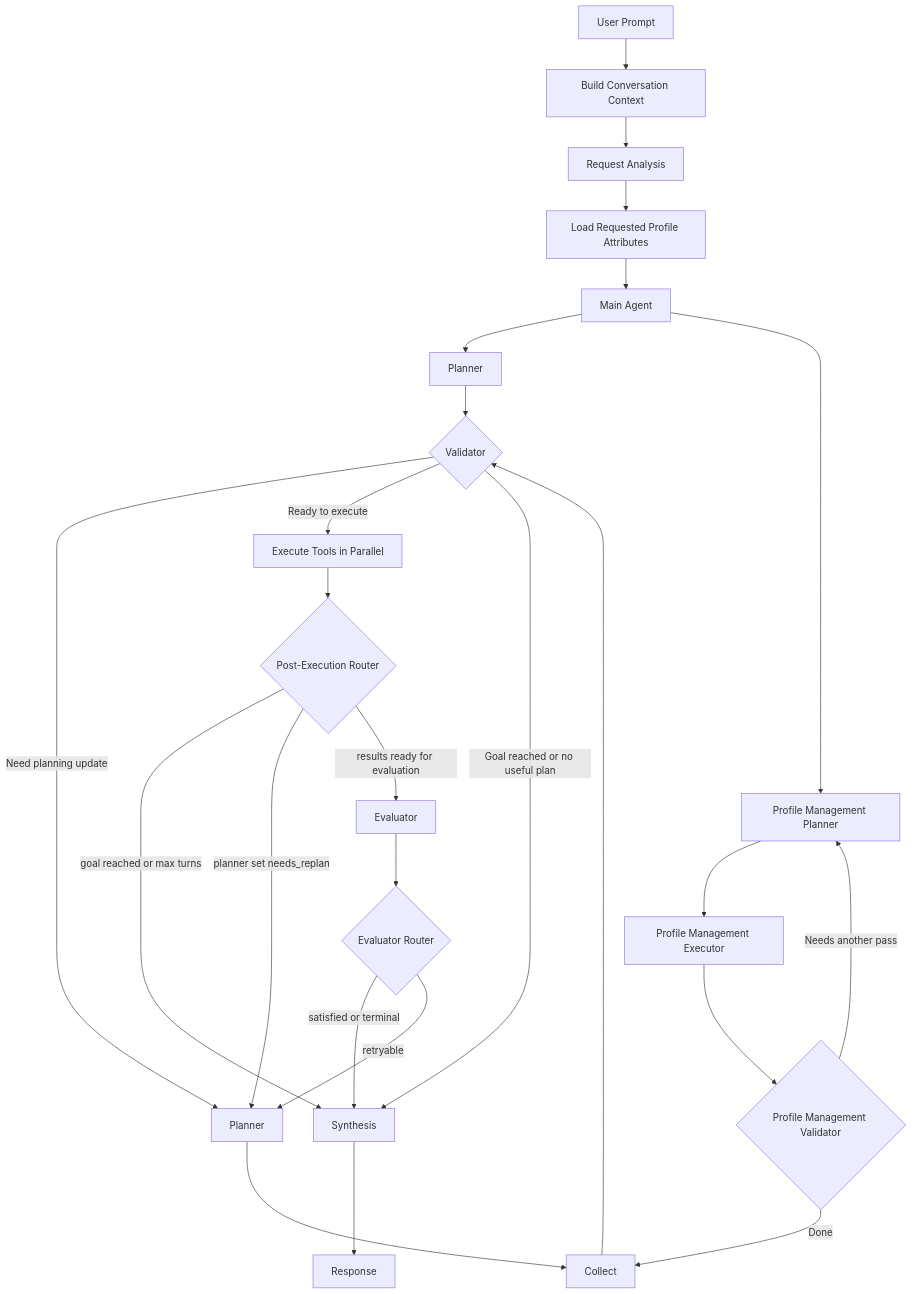
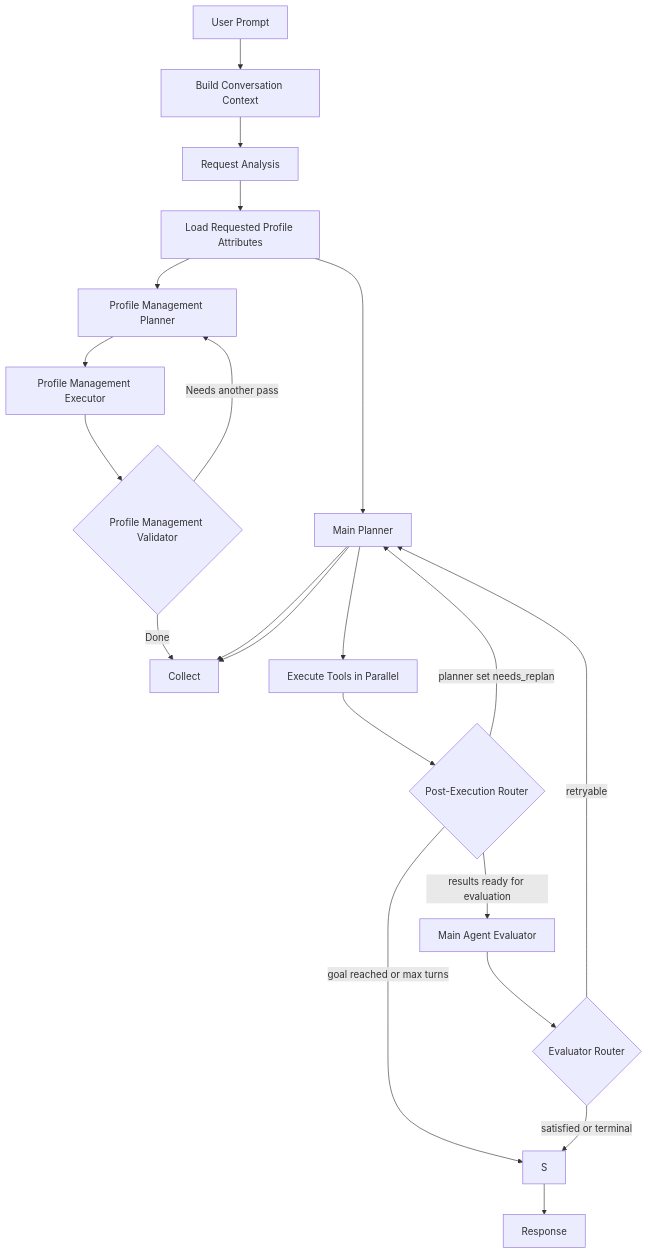
One commit to mikeshutov/llm_poc changed the diagram in README.md. Above: the diagram before and after it, drawn with Mermaid. The commit also changed other lines of this file, not shown here.

Commit message:
mroe doc updates

````diff
--- a/README.md
+++ b/README.md
@@ -36,31 +36,25 @@
 ```mermaid
 flowchart TD
     A[User Prompt] --> B[Build Conversation Context]
     B --> C[Request Analysis]
     C --> D[Load Requested Profile Attributes]
-    D --> E[Main Agent]
-    E --> P1[Planner]
-    E --> PMP[Profile Management Planner]
+    D --> P1[Main Planner]
+    D --> PMP[Profile Management Planner]
     PMP --> PMX[Profile Management Executor]
     PMX --> PMV{Profile Management Validator}
     PMV -->|Needs another pass| PMP
     PMV -->|Done| K[Collect]
-    P1 --> V
-
-    K --> V{Validator}
-    V -->|Need planning update| P2[Planner]
-    V -->|Ready to execute| X[Execute Tools in Parallel]
-    V -->|Goal reached or no useful plan| S[Synthesis]
+    P1 --> X[Execute Tools in Parallel]
+    P1 --> K
 
     X --> R{Post-Execution Router}
     R -->|goal reached or max turns| S
-    R -->|planner set needs_replan| P2
-    R -->|results ready for evaluation| EV[Evaluator]
+    R -->|planner set needs_replan| P1
+    R -->|results ready for evaluation| EV[Main Agent Evaluator]
 
     EV --> ER{Evaluator Router}
     ER -->|satisfied or terminal| S
-    ER -->|retryable| P2
-
-    P2 --> K
+    ER -->|retryable| P1
+    P1 --> K
     S --> L[Response]
 ```
````
